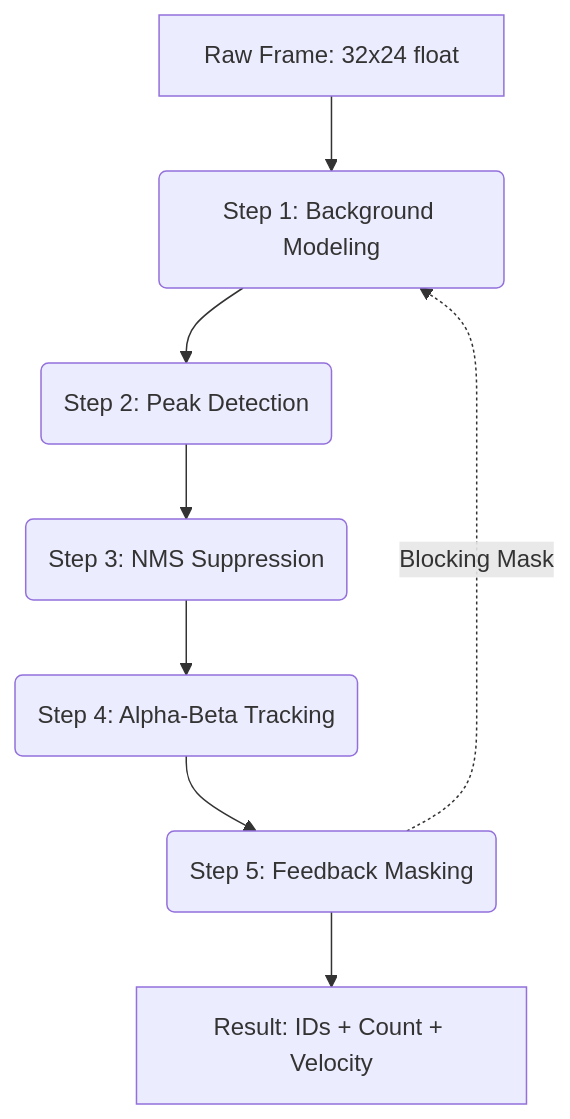
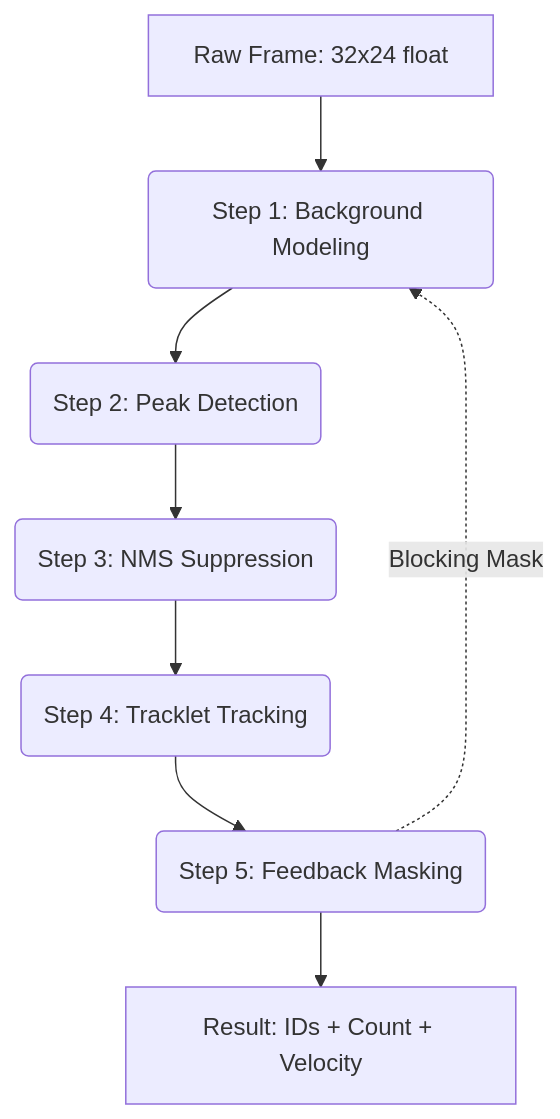
One commit to xchorizoxx/ESP32-THERMAL-COUNTER changed the diagram in docs/architecture/pipeline_stages.md. Above: the diagram before and after it, drawn with Mermaid. The commit also changed other lines of this file and 2 other files, not shown here.

Commit message:
feat: replace AlphaBetaTracker with TrackletTracker and implement proportional coastal memory and display smoothing

````diff
--- a/docs/architecture/pipeline_stages.md
+++ b/docs/architecture/pipeline_stages.md
@@ -10,11 +10,11 @@
 ```mermaid
 graph TD
     A[Raw Frame: 32x24 float] --> B(Step 1: Background Modeling)
     B --> C(Step 2: Peak Detection)
     C --> D(Step 3: NMS Suppression)
-    D --> E(Step 4: Alpha-Beta Tracking)
+    D --> E(Step 4: Tracklet Tracking)
     E --> F(Step 5: Feedback Masking)
     F --> G[Result: IDs + Count + Velocity]
     
     F -.->|Blocking Mask| B
 ```
````
